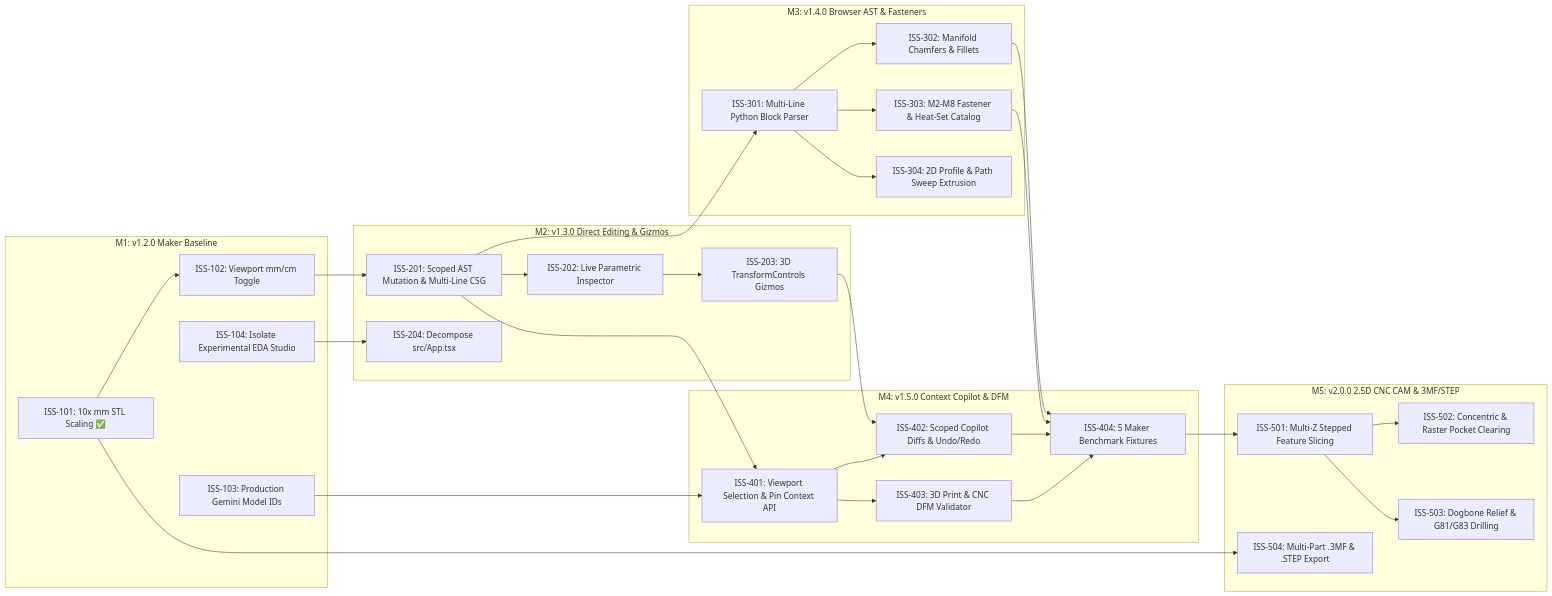
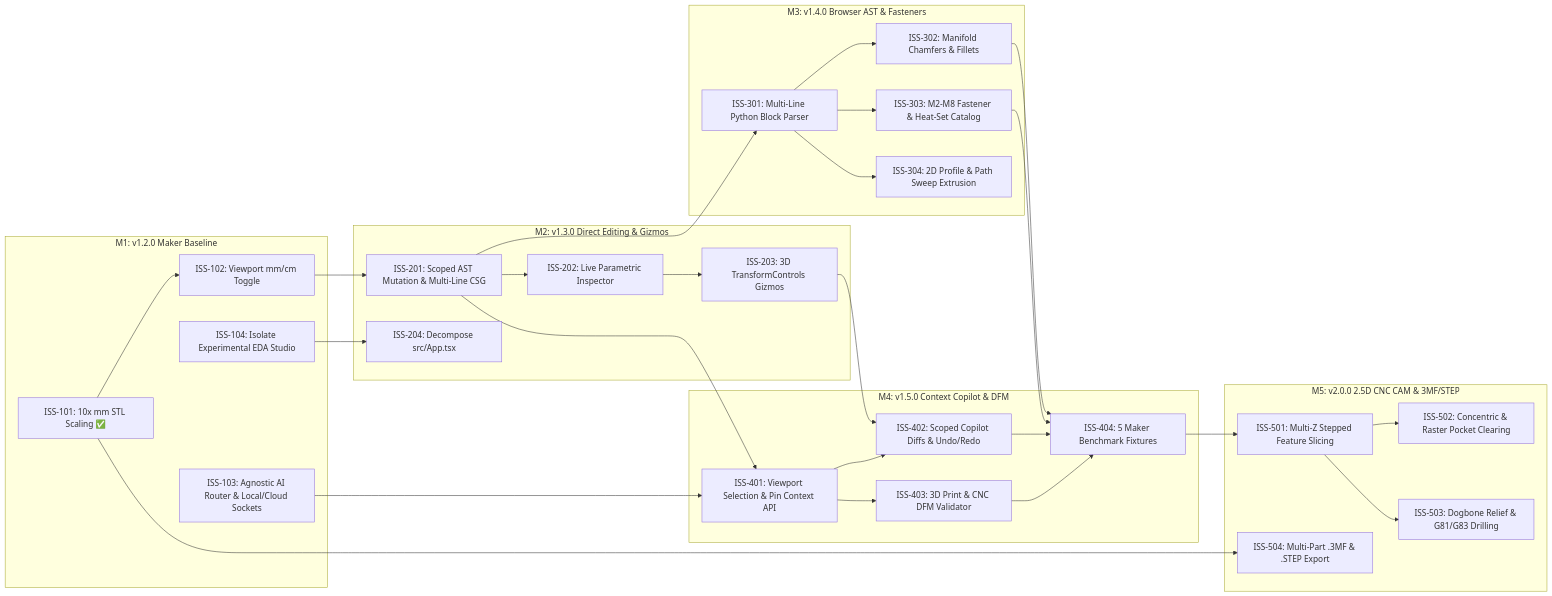
One commit to jimmyjdejesus-cmyk/agentic-cad-usd-brep changed the diagram in docs/PROJECT_MILESTONES_AND_ISSUES.md. Above: the diagram before and after it, drawn with Mermaid. The commit also changed other lines of this file and 2 other files, not shown here.

Commit message:
docs(governance): standardize model-agnostic and harness-agnostic AI copilot routing across milestones and epics

````diff
--- a/docs/PROJECT_MILESTONES_AND_ISSUES.md
+++ b/docs/PROJECT_MILESTONES_AND_ISSUES.md
@@ -7,60 +7,60 @@
 ```mermaid
 flowchart LR
     subgraph M1["M1: v1.2.0 Maker Baseline"]
         ISS101["ISS-101: 10x mm STL Scaling ✅"]
         ISS102["ISS-102: Viewport mm/cm Toggle"]
-        ISS103["ISS-103: Production Gemini Model IDs"]
+        ISS103["ISS-103: Agnostic AI Router & Local/Cloud Sockets"]
         ISS104["ISS-104: Isolate Experimental EDA Studio"]
     end
 
     subgraph M2["M2: v1.3.0 Direct Editing & Gizmos"]
         ISS201["ISS-201: Scoped AST Mutation & Multi-Line CSG"]
         ISS202["ISS-202: Live Parametric Inspector"]
         ISS203["ISS-203: 3D TransformControls Gizmos"]
         ISS204["ISS-204: Decompose src/App.tsx"]
     end
 
     subgraph M3["M3: v1.4.0 Browser AST & Fasteners"]
         ISS301["ISS-301: Multi-Line Python Block Parser"]
         ISS302["ISS-302: Manifold Chamfers & Fillets"]
         ISS303["ISS-303: M2-M8 Fastener & Heat-Set Catalog"]
         ISS304["ISS-304: 2D Profile & Path Sweep Extrusion"]
     end
 
     subgraph M4["M4: v1.5.0 Context Copilot & DFM"]
         ISS401["ISS-401: Viewport Selection & Pin Context API"]
         ISS402["ISS-402: Scoped Copilot Diffs & Undo/Redo"]
         ISS403["ISS-403: 3D Print & CNC DFM Validator"]
         ISS404["ISS-404: 5 Maker Benchmark Fixtures"]
     end
 
     subgraph M5["M5: v2.0.0 2.5D CNC CAM & 3MF/STEP"]
         ISS501["ISS-501: Multi-Z Stepped Feature Slicing"]
         ISS502["ISS-502: Concentric & Raster Pocket Clearing"]
         ISS503["ISS-503: Dogbone Relief & G81/G83 Drilling"]
         ISS504["ISS-504: Multi-Part .3MF & .STEP Export"]
     end
 
     ISS101 --> ISS102
     ISS101 --> ISS504
     ISS102 --> ISS201
     ISS104 --> ISS204
     ISS201 --> ISS202
     ISS202 --> ISS203
     ISS201 --> ISS301
     ISS301 --> ISS302
     ISS301 --> ISS303
     ISS301 --> ISS304
     ISS103 --> ISS401
     ISS201 --> ISS401
     ISS203 --> ISS402
     ISS401 --> ISS402
     ISS401 --> ISS403
     ISS302 --> ISS404
     ISS303 --> ISS404
     ISS402 --> ISS404
     ISS403 --> ISS404
     ISS404 --> ISS501
     ISS501 --> ISS502
     ISS501 --> ISS503
 ```
````
